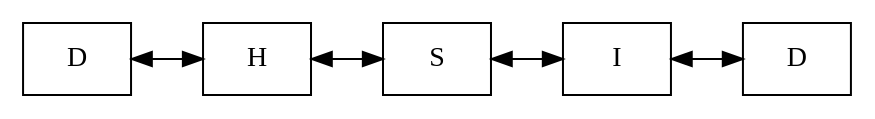
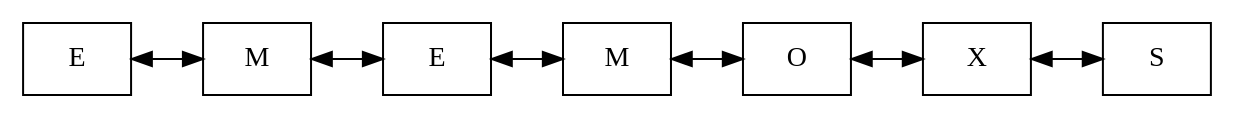
Before and after one commit to RoberttHernan/EDD_1S2020_PY1_201700870: the diagram in dot_s/lista_letras_player_uno.dot, drawn with Graphviz. The commit also changed 12 other files, not shown here.

```diff
--- a/dot_s/lista_letras_player_uno.dot
+++ b/dot_s/lista_letras_player_uno.dot
@@ -1,11 +1,13 @@
 digraph G {
  rankdir=LR 
  node[shape=box] 
-node1[label = "D"]
-node2[label = "H"]
-node3[label = "S"]
-node4[label = "I"]
-node5[label = "D"]
-node1->node2->node3->node4->node5[dir=both];
+node1[label = "E"]
+node2[label = "M"]
+node3[label = "E"]
+node4[label = "M"]
+node5[label = "O"]
+node6[label = "X"]
+node7[label = "S"]
+node1->node2->node3->node4->node5->node6->node7[dir=both];
 
 }
```
